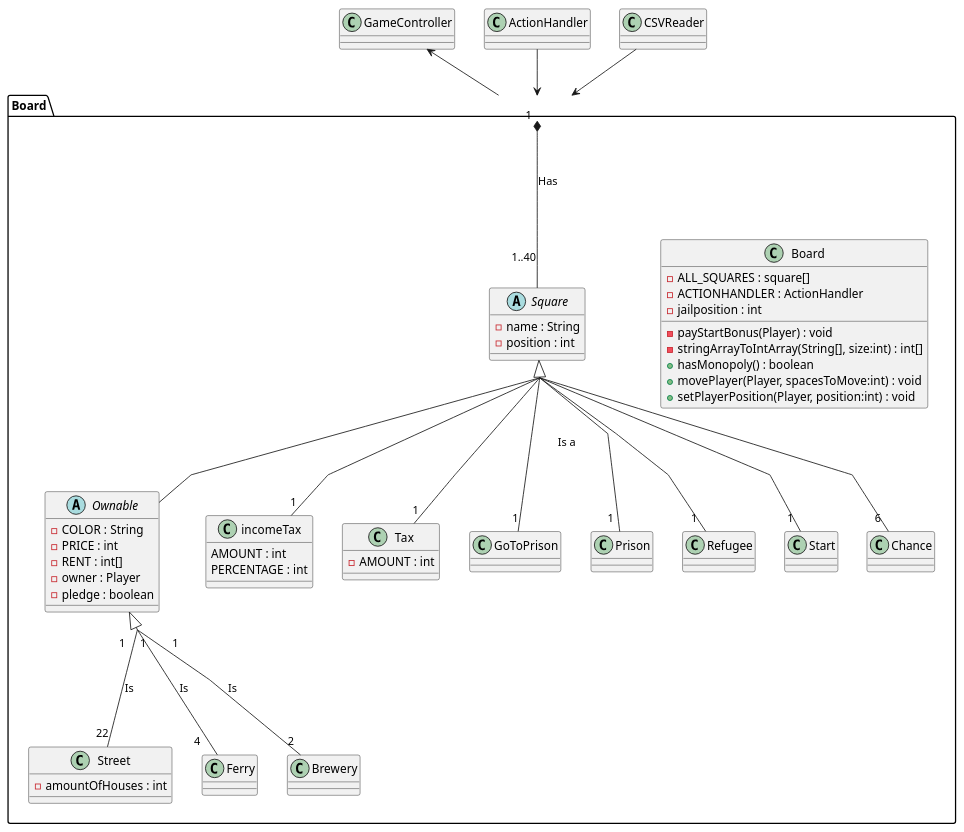
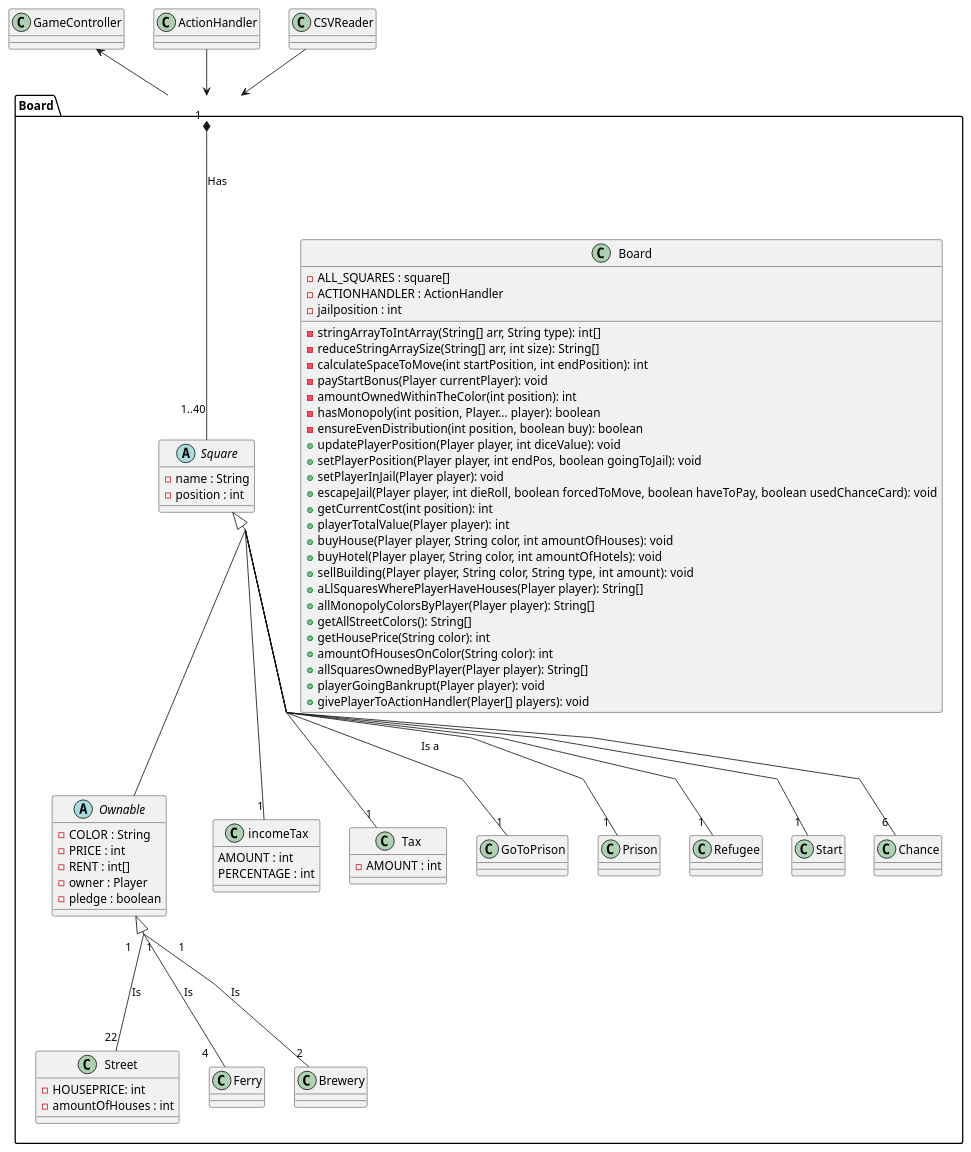
One commit to Greve2001/CDIO-final changed the diagram in diagrams/Board_Package_Class_Diagram.puml. Above: the diagram before and after it, drawn with PlantUML.

```diff
--- a/diagrams/Board_Package_Class_Diagram.puml
+++ b/diagrams/Board_Package_Class_Diagram.puml
@@ -1,80 +1,105 @@
 @startuml
 'https://plantuml.com/class-diagram
 skinparam groupInheritance 2
 
 skinparam linetype polyline
 
 package Board
 {
      class Board {
      -ALL_SQUARES : square[]
      -ACTIONHANDLER : ActionHandler
      -jailposition : int
 
-    -payStartBonus(Player) : void
-    -stringArrayToIntArray(String[], size:int) : int[]
-    +hasMonopoly() : boolean
-    +movePlayer(Player, spacesToMove:int) : void
-    +setPlayerPosition(Player, position:int) : void
+     -stringArrayToIntArray(String[] arr, String type): int[]
+     -reduceStringArraySize(String[] arr, int size): String[]
+     -calculateSpaceToMove(int startPosition, int endPosition): int
+     -payStartBonus(Player currentPlayer): void
+     -amountOwnedWithinTheColor(int position): int
+     -hasMonopoly(int position, Player... player): boolean
+     -ensureEvenDistribution(int position, boolean buy): boolean
+     +updatePlayerPosition(Player player, int diceValue): void
+     +setPlayerPosition(Player player, int endPos, boolean goingToJail): void
+     +setPlayerInJail(Player player): void
+     +escapeJail(Player player, int dieRoll, boolean forcedToMove, boolean haveToPay, boolean usedChanceCard): void
+     +getCurrentCost(int position): int
+     +playerTotalValue(Player player): int
+     +buyHouse(Player player, String color, int amountOfHouses): void
+     +buyHotel(Player player, String color, int amountOfHotels): void
+     +sellBuilding(Player player, String color, String type, int amount): void
+     +aLlSquaresWherePlayerHaveHouses(Player player): String[]
+     +allMonopolyColorsByPlayer(Player player): String[]
+     +getAllStreetColors(): String[]
+     +getHousePrice(String color): int
+     +amountOfHousesOnColor(String color): int
+     +allSquaresOwnedByPlayer(Player player): String[]
+     +playerGoingBankrupt(Player player): void
+     +givePlayerToActionHandler(Player[] players): void
+
+
+
+
+
 
     }
      abstract class Square {
          -name : String
          -position : int
      }
      class Street{
+        -HOUSEPRICE: int
         -amountOfHouses : int
 
      }
      abstract class Ownable{
         -COLOR : String
         -PRICE : int
         -RENT : int[]
         -owner : Player
         -pledge : boolean
      }
      class incomeTax{
        AMOUNT : int
        PERCENTAGE : int
      }
      class Tax{
         -AMOUNT : int
      }
      class Ferry{
      }
      class Brewery{
      }
      class GoToPrison{
      }
      class Prison{
      }
      class Refugee{
      }
      class Start{
      }
      class Chance{
      }
 }
 
 Board "1  "  *--d- "1..40" Square: Has
 
 Ownable "1     " <|--- "22" Street : Is\t
 Ownable "1" <|--- " 4    " Ferry : Is \t
 Ownable "           1" <|--- " 2" Brewery : Is\t
 
 
 Square <|-- "1" Tax
 Square <|-- Ownable
 Square <|-- "1" incomeTax
 Square <|-- "           1" Start
 Square <|-- "             1" Refugee
 Square <|-- "1" GoToPrison: \t Is a    \t
 Square <|-- "             1" Prison
 Square <|--  "            6" Chance
 
 GameController <-- Board
 ActionHandler --> Board
 CSVReader --> Board
 
 
 @enduml
```
